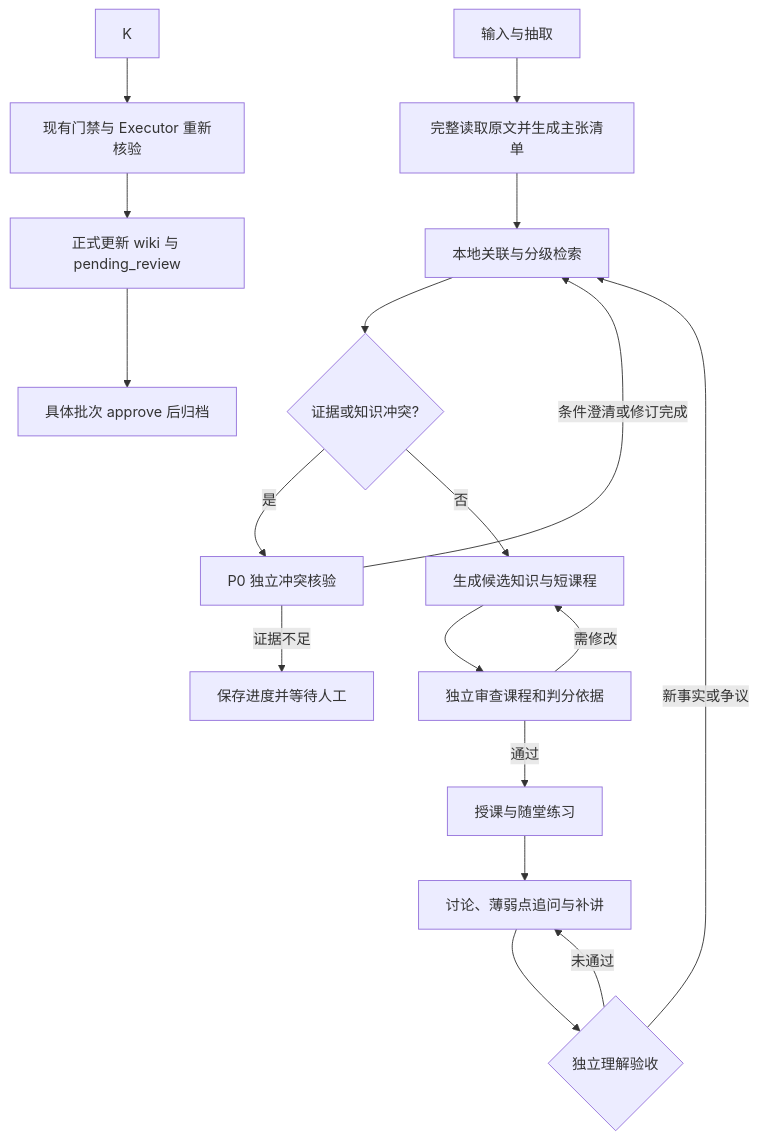
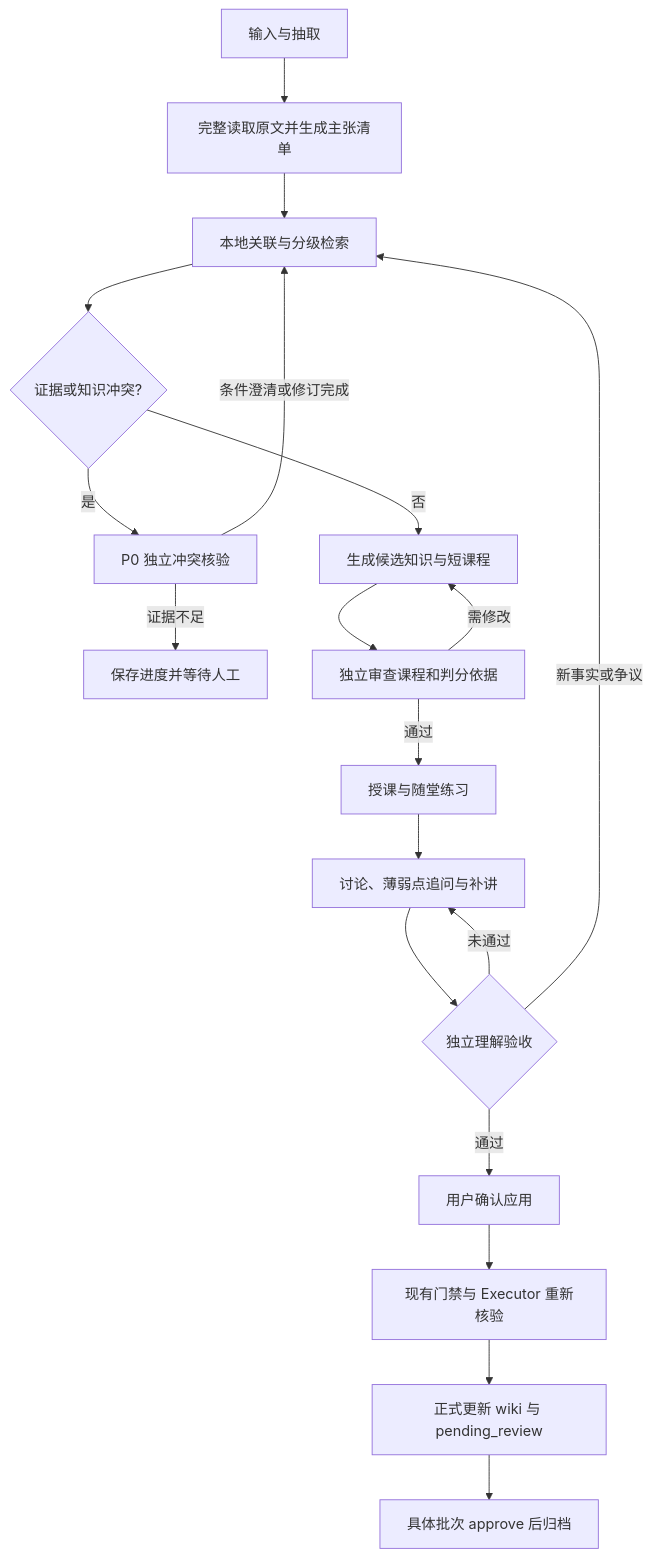
One commit to yuzhiyong-118/inspool-wiki-zh changed the first of 2 diagrams in docs/design/learning-gated-ingest-plan.md. Above: the diagram before and after it, drawn with Mermaid. The commit also changed other lines of this file and 8 other files, not shown here.

````diff
--- a/docs/design/learning-gated-ingest-plan.md
+++ b/docs/design/learning-gated-ingest-plan.md
@@ -31,20 +62,21 @@
 ```mermaid
 flowchart TD
     A[输入与抽取] --> B[完整读取原文并生成主张清单]
     B --> C[本地关联与分级检索]
     C --> D{证据或知识冲突?}
     D -- 是 --> X[P0 独立冲突核验]
     X -- 条件澄清或修订完成 --> C
     X -- 证据不足 --> H[保存进度并等待人工]
     D -- 否 --> E[生成候选知识与短课程]
     E --> F[独立审查课程和判分依据]
     F -- 需修改 --> E
     F -- 通过 --> G[授课与随堂练习]
     G --> I[讨论、薄弱点追问与补讲]
     I --> J{独立理解验收}
     J -- 未通过 --> I
     J -- 新事实或争议 --> C
+    J -- 通过 --> K[用户确认应用]
     K --> L[现有门禁与 Executor 重新核验]
     L --> M[正式更新 wiki 与 pending_review]
     M --> N[具体批次 approve 后归档]
 ```
````
